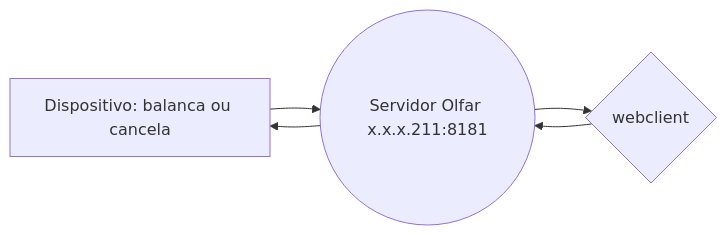
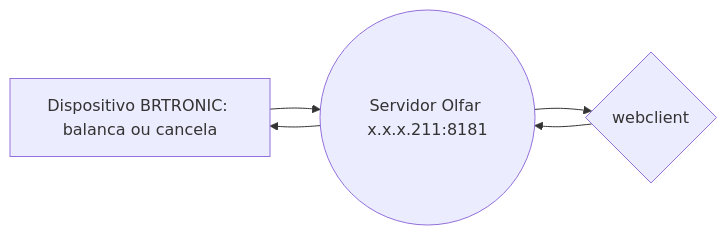
The diagram in README.md (domzack/nanotronic), drawn with Mermaid before and after one commit. The commit also changed other lines of this file, not shown here.

````diff
--- a/README.md
+++ b/README.md
@@ -15,7 +15,7 @@
 ```mermaid
 graph LR
-A[Dispositivo: balanca ou cancela] --> B((Servidor Olfar x.x.x.211:8181))
+A[Dispositivo BRTRONIC: balanca ou cancela] --> B((Servidor Olfar x.x.x.211:8181))
 B --> D{webclient}
 D --> B
 B --> A
 ```
````
